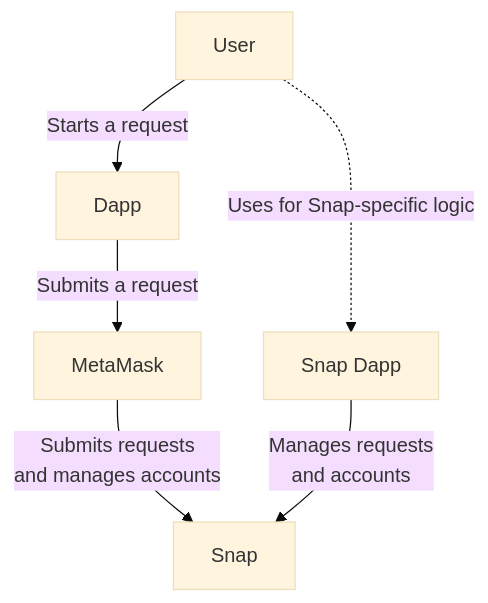
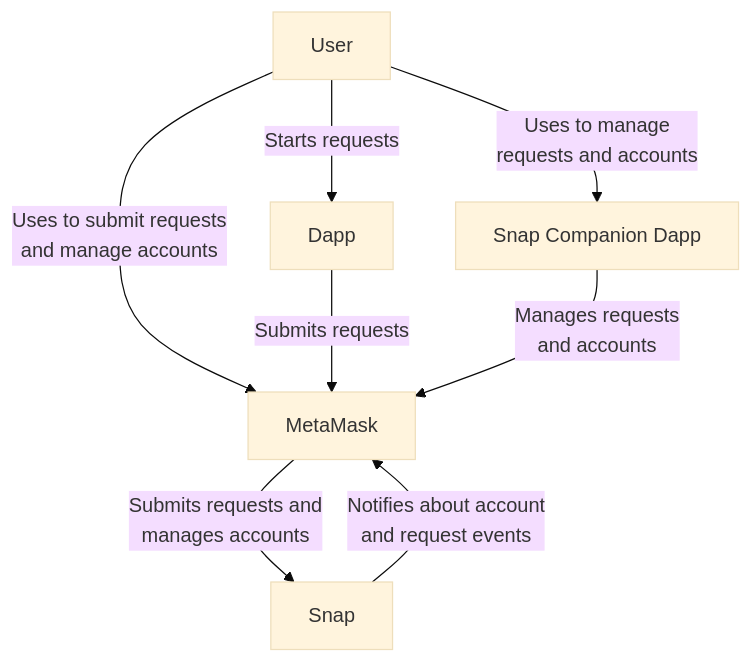
Before and after one commit to MetaMask/keyring-api: the first of 6 diagrams in docs/architecture.md, drawn with Mermaid (base theme). The commit also changed other lines of this file and 2 other files, not shown here.

First line of the commit message:
docs: add components diagram and minor changes (#179)

````diff
--- a/docs/architecture.md
+++ b/docs/architecture.md
@@ -26,8 +26,10 @@
 ```mermaid
 graph TD
-  User -->|Starts a request| Dapp
-  Dapp -->|Submits a request| MetaMask
-  MetaMask -->|Submits requests<br/>and manages accounts| Snap
-  Site[Snap Dapp] -->|Manages requests<br/>and accounts| Snap
-  User -.->|Uses for Snap-specific logic| Site
+  User -->|Uses to submit requests<br/>and manage accounts| MetaMask
+  User -->|Starts requests| Dapp
+  User -->|Uses to manage<br/>requests and accounts| Site
+  Dapp -->|Submits requests| MetaMask
+  Site[Snap Companion Dapp] -->|Manages requests<br/>and accounts| MetaMask
+  MetaMask -->|Submits requests and<br/>manages accounts| Snap
+  Snap -->|Notifies about account<br/>and request events| MetaMask
 ```
````
